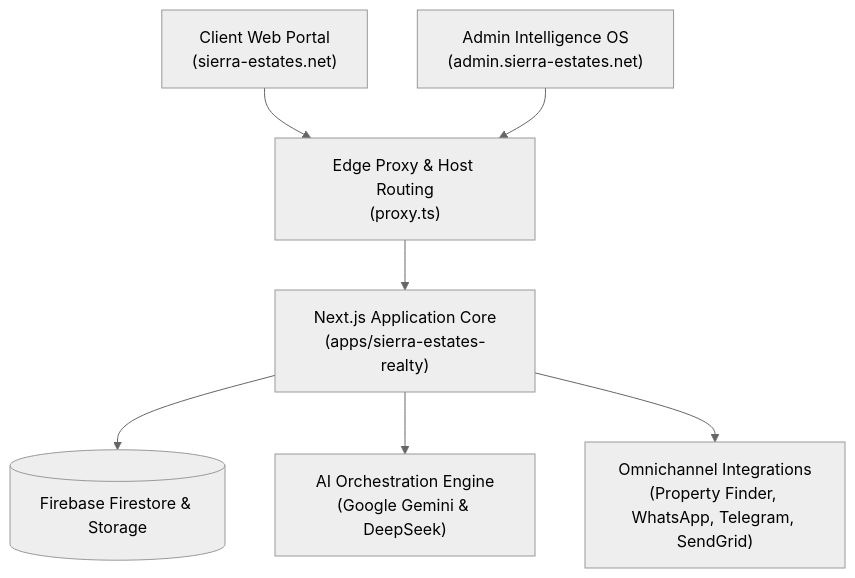
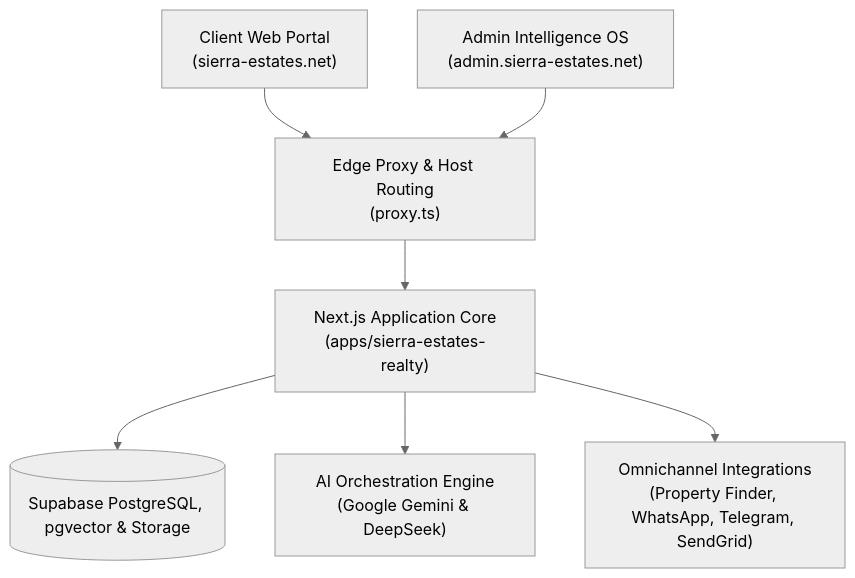
The diagram in README.md (sierrablue8866-droid/SE-Vercel-deploy-main), drawn with Mermaid (neutral theme) before and after one commit. The commit also changed other lines of this file, not shown here.

Commit message:
docs: establish Supabase as authoritative database backend in README architecture

````diff
--- a/README.md
+++ b/README.md
@@ -21,16 +21,16 @@
 ```mermaid
 graph TD
     Client["Client Web Portal\n(sierra-estates.net)"]
     Admin["Admin Intelligence OS\n(admin.sierra-estates.net)"]
     
     Proxy["Edge Proxy & Host Routing\n(proxy.ts)"]
     
     Client --> Proxy
     Admin --> Proxy
     
     Proxy --> Core["Next.js Application Core\n(apps/sierra-estates-realty)"]
     
-    Core --> Firestore[("Firebase Firestore & Storage")]
+    Core --> Supabase[("Supabase PostgreSQL, pgvector & Storage")]
     Core --> AI["AI Orchestration Engine\n(Google Gemini & DeepSeek)"]
     Core --> Integrations["Omnichannel Integrations\n(Property Finder, WhatsApp, Telegram, SendGrid)"]
 ```
````
